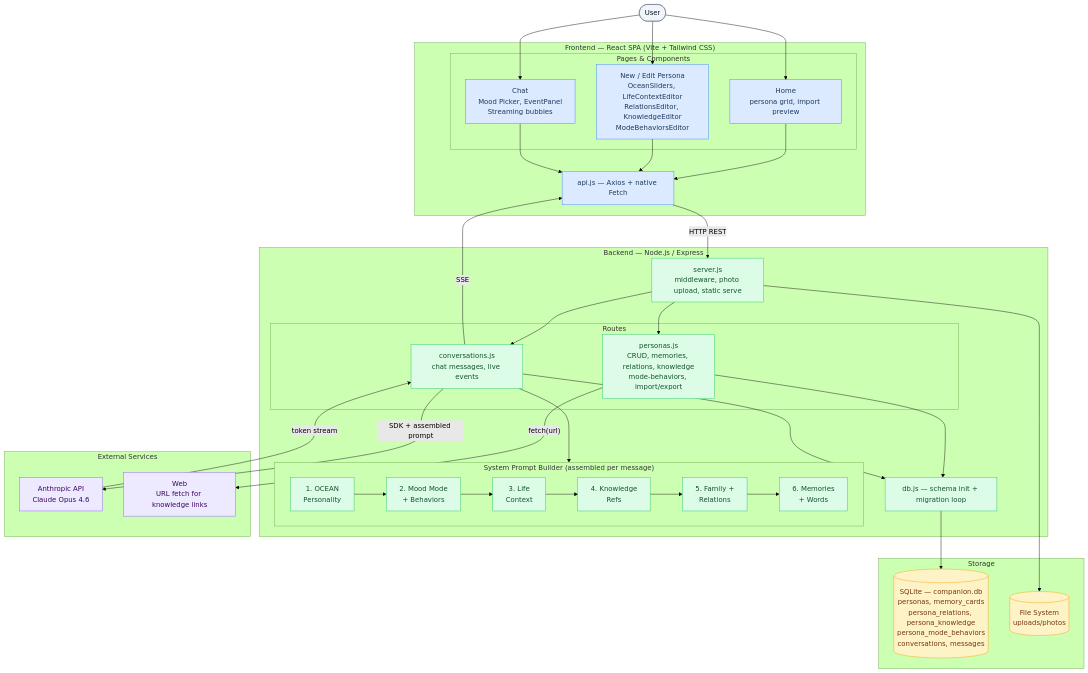
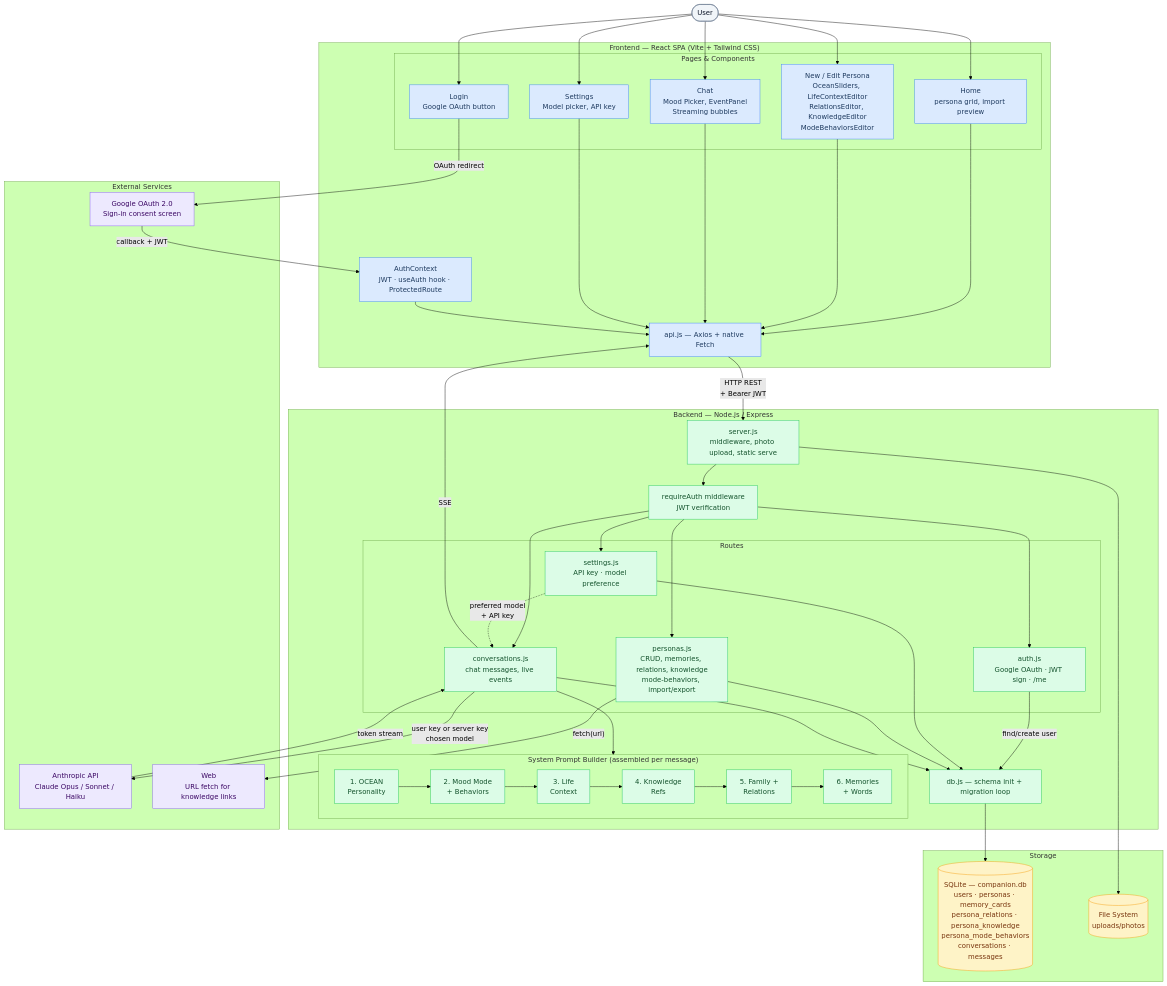
The diagram in README.md (sachithp/myCompanion), drawn with Mermaid (forest theme) before and after one commit. The commit also changed other lines of this file and 8 other files, not shown here.

````diff
--- a/README.md
+++ b/README.md
@@ -32,16 +35,21 @@
 
     subgraph FE["Frontend — React SPA (Vite + Tailwind CSS)"]
         subgraph FE_UI["Pages & Components"]
+            LOGIN["Login\nGoogle OAuth button"]
             HOME["Home\npersona grid, import preview"]
             FORM["New / Edit Persona\nOceanSliders, LifeContextEditor\nRelationsEditor, KnowledgeEditor\nModeBehaviorsEditor"]
             CHAT["Chat\nMood Picker, EventPanel\nStreaming bubbles"]
+            SETT["Settings\nModel picker, API key"]
         end
+        AUTH_CTX["AuthContext\nJWT · useAuth hook · ProtectedRoute"]
         APIJS["api.js — Axios + native Fetch"]
     end
 
     subgraph BE["Backend — Node.js / Express"]
         SRV["server.js\nmiddleware, photo upload, static serve"]
         subgraph RT["Routes"]
+            AR["auth.js\nGoogle OAuth · JWT sign · /me"]
+            SR["settings.js\nAPI key · model preference"]
             PR["personas.js\nCRUD, memories, relations, knowledge\nmode-behaviors, import/export"]
             CR["conversations.js\nchat messages, live events"]
         end
@@ -49,32 +57,46 @@
             SP1["1. OCEAN\nPersonality"] --> SP2["2. Mood Mode\n+ Behaviors"] --> SP3["3. Life\nContext"] --> SP4["4. Knowledge\nRefs"] --> SP5["5. Family +\nRelations"] --> SP6["6. Memories\n+ Words"]
         end
         DBJS["db.js — schema init + migration loop"]
+        MW["requireAuth middleware\nJWT verification"]
     end
 
     subgraph STORE["Storage"]
-        DB[("SQLite — companion.db\npersonas, memory_cards\npersona_relations, persona_knowledge\npersona_mode_behaviors\nconversations, messages")]
+        DB[("SQLite — companion.db\nusers · personas · memory_cards\npersona_relations · persona_knowledge\npersona_mode_behaviors\nconversations · messages")]
         FS[("File System\nuploads/photos")]
     end
 
     subgraph EXT["External Services"]
-        ANT["Anthropic API\nClaude Opus 4.6"]
+        GOOGLE["Google OAuth 2.0\nSign-in consent screen"]
+        ANT["Anthropic API\nClaude Opus / Sonnet / Haiku"]
         WEB["Web\nURL fetch for knowledge links"]
     end
 
+    User --> LOGIN
     User --> HOME
     User --> FORM
     User --> CHAT
+    User --> SETT
+    LOGIN -- "OAuth redirect" --> GOOGLE
+    GOOGLE -- "callback + JWT" --> AUTH_CTX
     HOME --> APIJS
     FORM --> APIJS
     CHAT --> APIJS
-    APIJS -- "HTTP REST" --> SRV
-    SRV --> PR
-    SRV --> CR
+    SETT --> APIJS
+    AUTH_CTX --> APIJS
+    APIJS -- "HTTP REST\n+ Bearer JWT" --> SRV
+    SRV --> MW
+    MW --> AR
+    MW --> SR
+    MW --> PR
+    MW --> CR
+    AR -- "find/create user" --> DBJS
+    SR --> DBJS
     PR --> DBJS --> DB
     CR --> DBJS
     SRV --> FS
     CR --> SP
-    CR -- "SDK + assembled prompt" --> ANT
+    SR -. "preferred model\n+ API key" .-> CR
+    CR -- "user key or server key\nchosen model" --> ANT
     ANT -- "token stream" --> CR
     CR -- "SSE" --> APIJS
     PR -- "fetch(url)" --> WEB
@@ -85,9 +107,9 @@
     classDef ext fill:#ede9fe,stroke:#8b5cf6,color:#3b0764
     classDef user fill:#f1f5f9,stroke:#64748b,color:#0f172a
 
-    class HOME,FORM,CHAT,APIJS fe
-    class SRV,PR,CR,DBJS,SP1,SP2,SP3,SP4,SP5,SP6 be
+    class LOGIN,HOME,FORM,CHAT,SETT,AUTH_CTX,APIJS fe
+    class SRV,MW,AR,SR,PR,CR,DBJS,SP1,SP2,SP3,SP4,SP5,SP6 be
     class DB,FS store
-    class ANT,WEB ext
+    class GOOGLE,ANT,WEB ext
     class User user
 ```
````
